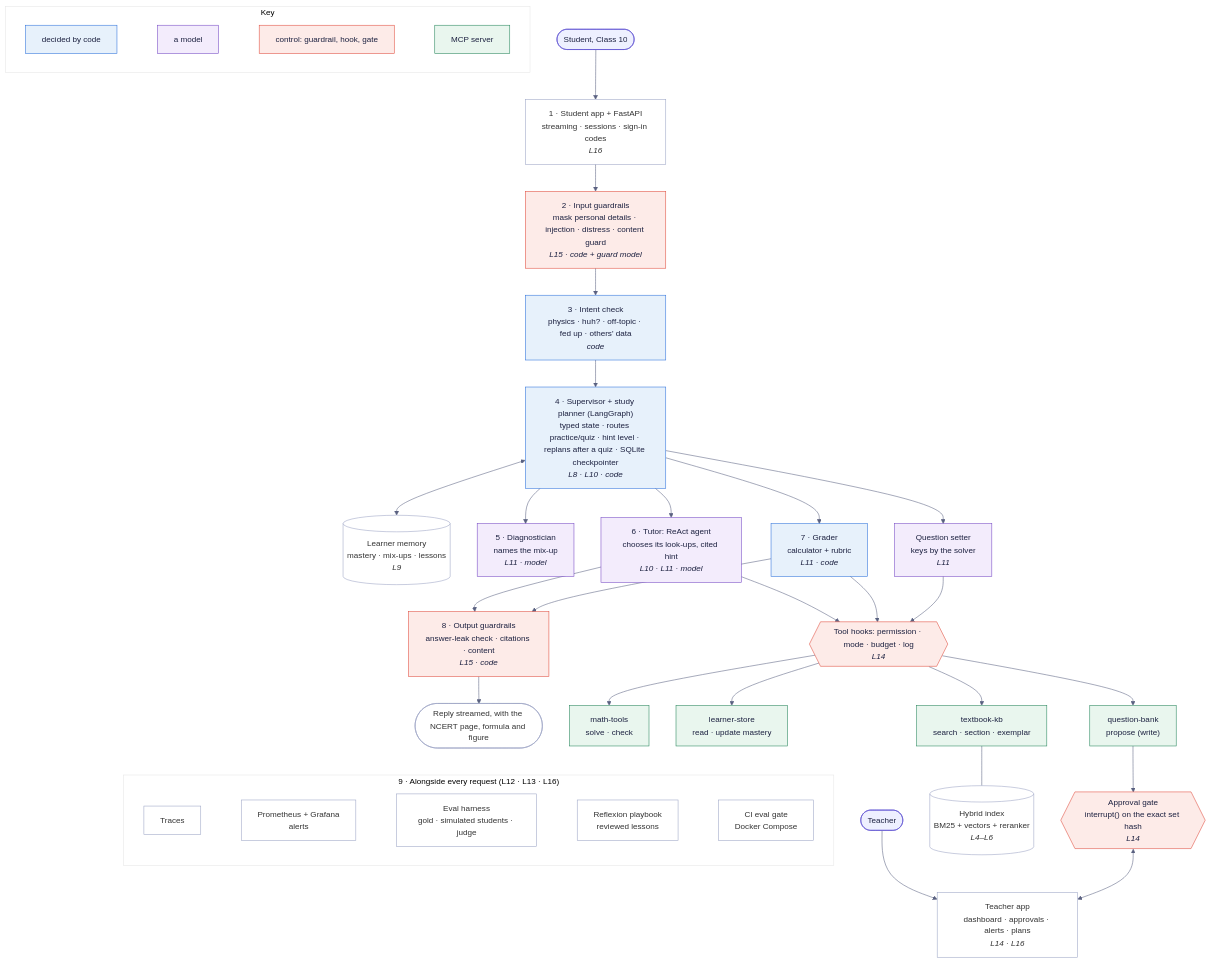
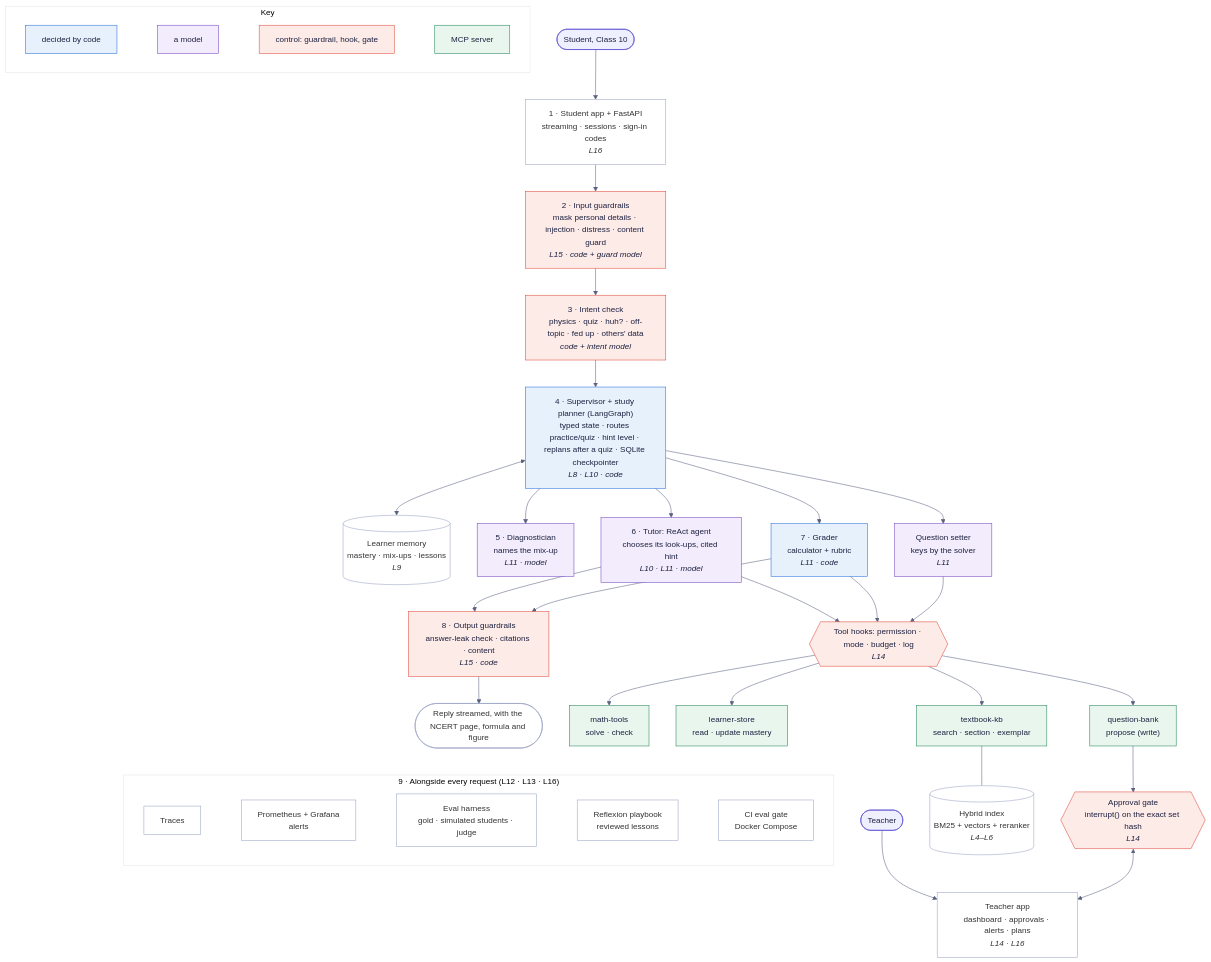
Before and after one commit to jileshl/Socratic: the diagram in docs/architecture.mmd, drawn with Mermaid. The commit also changed 9 other files, not shown here.

```diff
--- a/docs/architecture.mmd
+++ b/docs/architecture.mmd
@@ -1,41 +1,41 @@
 %%{init: {"theme":"base","themeVariables":{"fontFamily":"Arial","fontSize":"15px","primaryColor":"#ffffff","primaryBorderColor":"#9aa3c4","lineColor":"#5a6180"}}}%%
 flowchart TB
   S([Student, Class 10]):::person --> UI
   T([Teacher]):::person --> TV
   UI["1 · Student app + FastAPI<br/>streaming · sessions · sign-in codes<br/><i>L16</i>"]
   TV["Teacher app<br/>dashboard · approvals · alerts · plans<br/><i>L14 · L16</i>"]
   UI --> IG["2 · Input guardrails<br/>mask personal details · injection · distress · content guard<br/><i>L15 · code + guard model</i>"]:::control
-  IG --> IC["3 · Intent check<br/>physics · huh? · off-topic · fed up · others' data<br/><i>code</i>"]:::code
+  IG --> IC["3 · Intent check<br/>physics · quiz · huh? · off-topic · fed up · others' data<br/><i>code + intent model</i>"]:::control
   IC --> SUP["4 · Supervisor + study planner (LangGraph)<br/>typed state · routes practice/quiz · hint level · replans after a quiz · SQLite checkpointer<br/><i>L8 · L10 · code</i>"]:::code
   SUP <--> MEM[("Learner memory<br/>mastery · mix-ups · lessons<br/><i>L9</i>")]
   SUP --> D["5 · Diagnostician<br/>names the mix-up<br/><i>L11 · model</i>"]:::model
   SUP --> TU["6 · Tutor: ReAct agent<br/>chooses its look-ups, cited hint<br/><i>L10 · L11 · model</i>"]:::model
   SUP --> G["7 · Grader<br/>calculator + rubric<br/><i>L11 · code</i>"]:::code
   SUP --> QS["Question setter<br/>keys by the solver<br/><i>L11</i>"]:::model
   TU --> H{{"Tool hooks: permission · mode · budget · log<br/><i>L14</i>"}}:::control
   G --> H
   QS --> H
   H --> K["textbook-kb<br/>search · section · exemplar"]:::mcp
   H --> M["math-tools<br/>solve · check"]:::mcp
   H --> L["learner-store<br/>read · update mastery"]:::mcp
   H --> Q["question-bank<br/>propose (write)"]:::mcp
   K --- IDX[("Hybrid index<br/>BM25 + vectors + reranker<br/><i>L4–L6</i>")]
   Q --> AG{{"Approval gate<br/>interrupt() on the exact set hash<br/><i>L14</i>"}}:::control
   AG <--> TV
   TU --> OG["8 · Output guardrails<br/>answer-leak check · citations · content<br/><i>L15 · code</i>"]:::control
   G --> OG
   OG --> R(["Reply streamed, with the NCERT page, formula and figure"])
   subgraph OPS["9 · Alongside every request  (L12 · L13 · L16)"]
     direction LR
     TR[Traces] ~~~ PG[Prometheus + Grafana<br/>alerts] ~~~ EV[Eval harness<br/>gold · simulated students · judge] ~~~ RX[Reflexion playbook<br/>reviewed lessons] ~~~ CI[CI eval gate<br/>Docker Compose]
   end
   R ~~~ OPS
   subgraph KEY["Key"]
     direction LR
     k1["decided by code"]:::code ~~~ k2["a model"]:::model ~~~ k3["control: guardrail, hook, gate"]:::control ~~~ k4["MCP server"]:::mcp
   end
   classDef person fill:#eef0ff,stroke:#5b4fd1,color:#1c2140
   classDef code fill:#e7f1fb,stroke:#2a6fdb,color:#1c2140
   classDef model fill:#f3ecfc,stroke:#7446c4,color:#1c2140
   classDef control fill:#fdebe8,stroke:#e04a3b,color:#1c2140
   classDef mcp fill:#e9f6ee,stroke:#23845a,color:#1c2140
```
